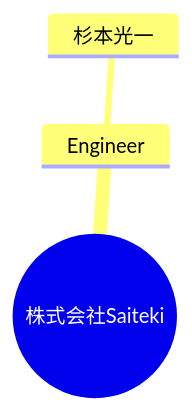
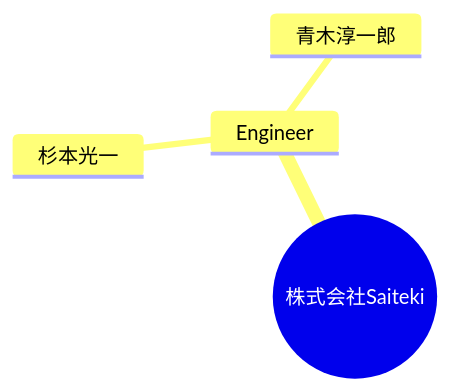
The diagram in docs/TEAM.md (Saitekiinc-com/saiteki-employee-management), drawn with Mermaid before and after one commit. The commit also changed other lines of this file and 1 other file, not shown here.

Commit message:
Update employee data from Issue #5

````diff
--- a/docs/TEAM.md
+++ b/docs/TEAM.md
@@ -5,6 +5,7 @@
 ```mermaid
 mindmap
   root((株式会社Saiteki))
     Engineer
       杉本光一
+      青木淳一郎
 ```
````
